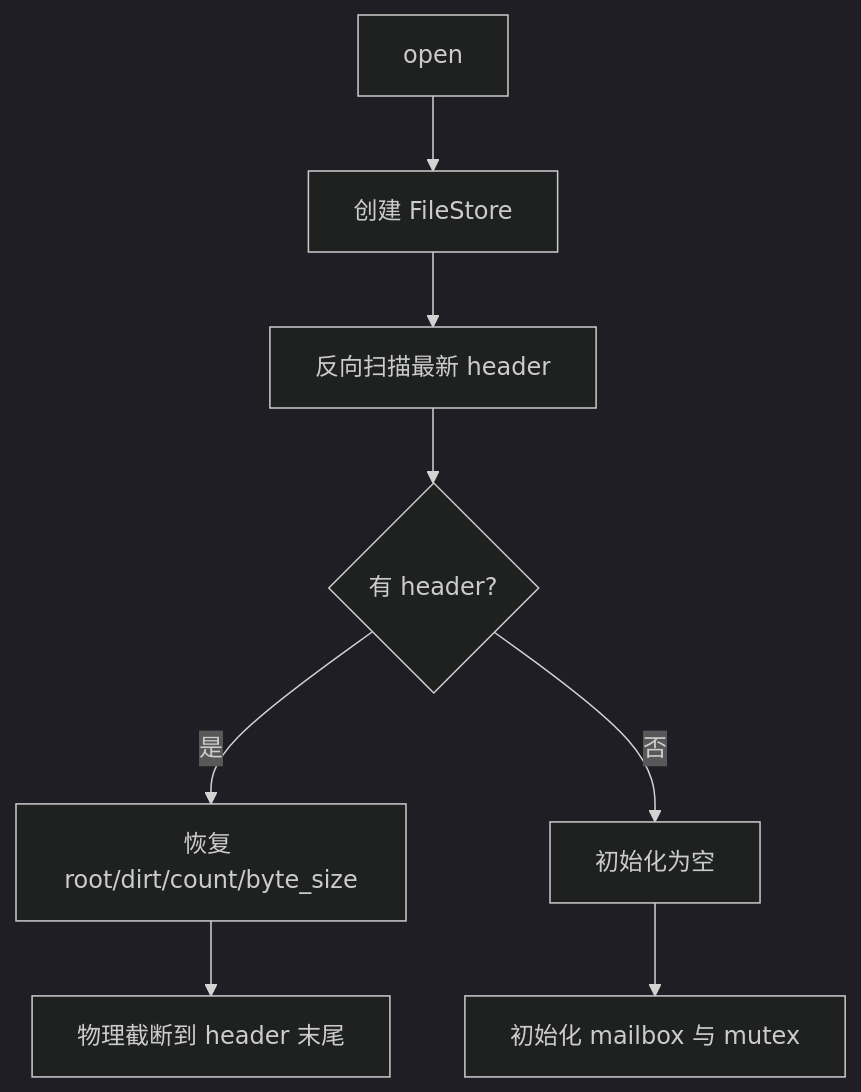
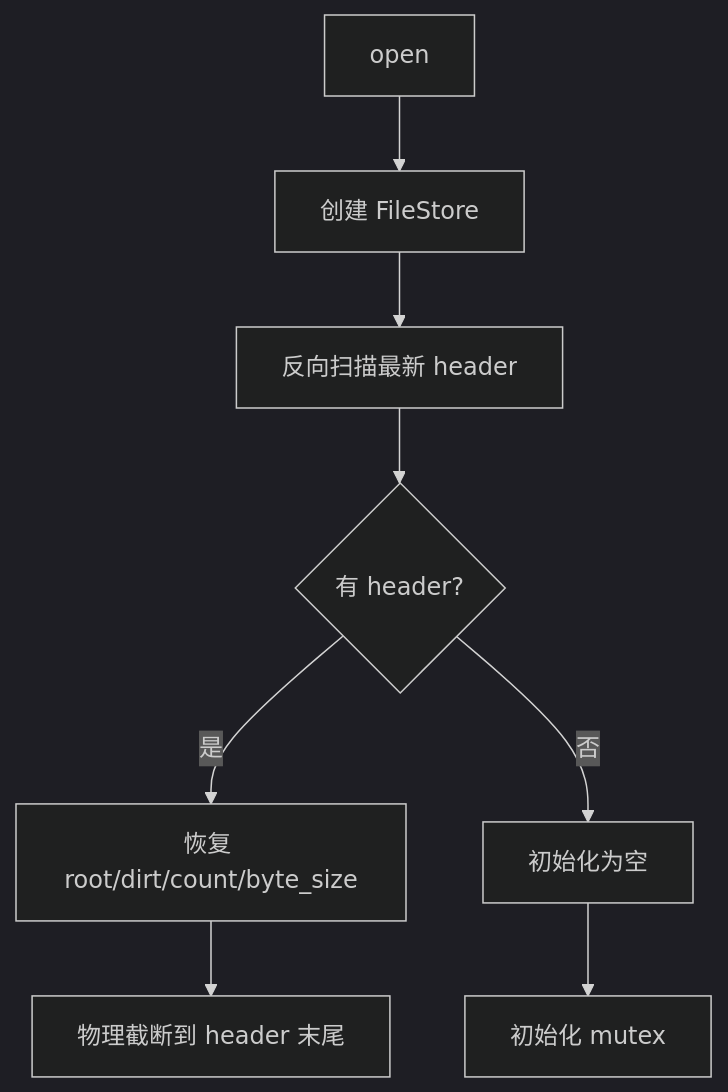
The diagram in docs/tutorial/06-db-api.md (tt67wq/cube_db), drawn with Mermaid (dark theme) before and after one commit. The commit also changed other lines of this file and 5 other files, not shown here.

````diff
--- a/docs/tutorial/06-db-api.md
+++ b/docs/tutorial/06-db-api.md
@@ -70,10 +66,10 @@
 ```mermaid
 graph TD
     A[open] --> B[创建 FileStore]
     B --> C[反向扫描最新 header]
     C --> D{有 header?}
     D -->|是| E[恢复 root/dirt/count/byte_size]
     E --> F[物理截断到 header 末尾]
     D -->|否| G[初始化为空]
-    G --> H[初始化 mailbox 与 mutex]
+    G --> H[初始化 mutex]
 ```
````
